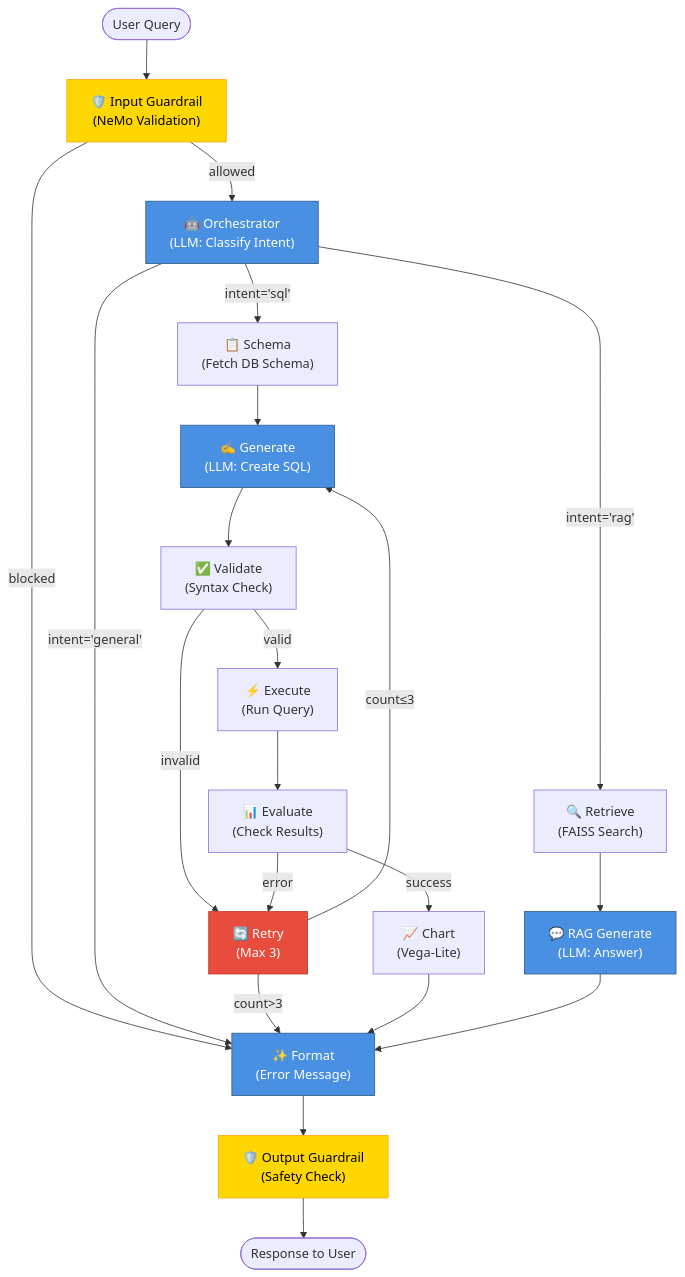
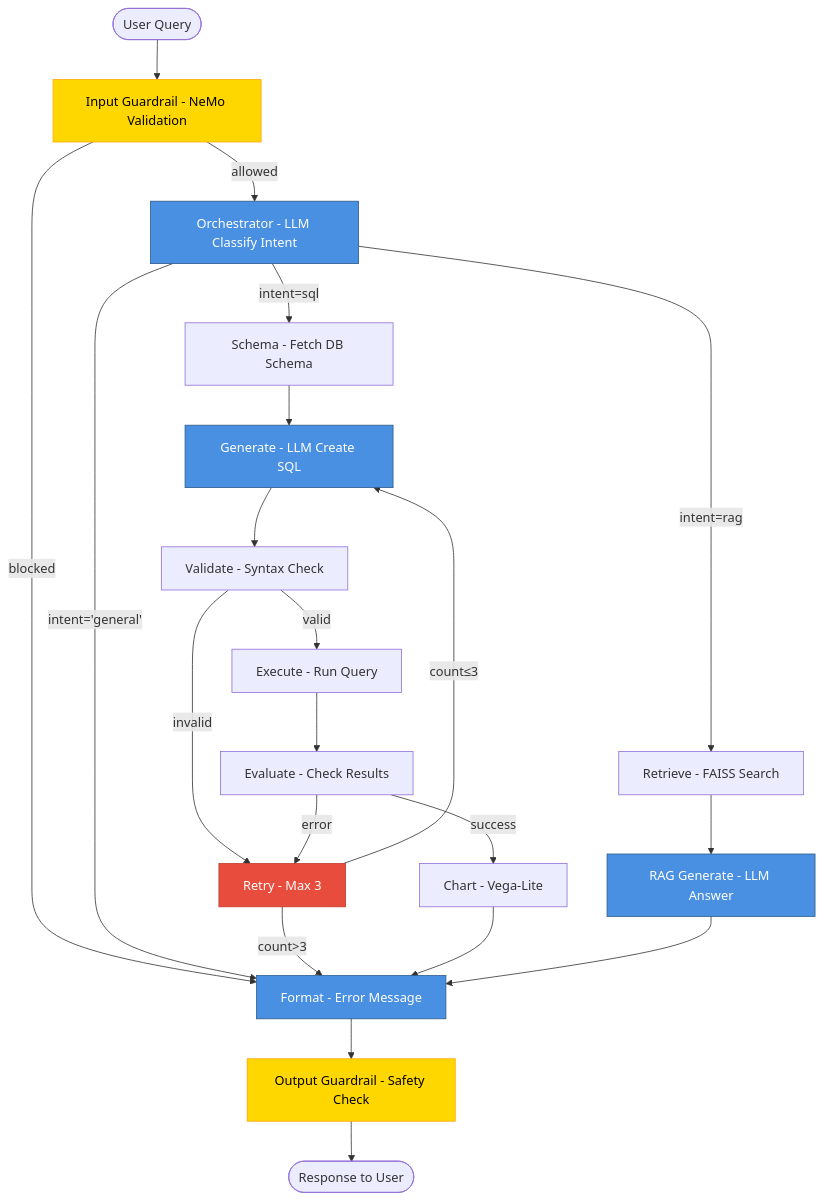
Before and after one commit to Tpg1993/text2sqlagent: the second of 3 diagrams in README.md, drawn with Mermaid. The commit also changed other lines of this file and 2 other files, not shown here.

Commit message:
Fixing readme files

````diff
--- a/README.md
+++ b/README.md
@@ -88,40 +88,53 @@
 ```mermaid
 graph TD
-    Start([User Query]) --> InputGuard["🛡️ Input Guardrail<br/>(NeMo Validation)"]
+    Start([User Query]) --> InputGuard["Input Guardrail - NeMo Validation"]
+
     
-    InputGuard -->|blocked| Format["✨ Format<br/>(Error Message)"]
-    InputGuard -->|allowed| Orchestrator["🤖 Orchestrator<br/>(LLM: Classify Intent)"]
+    InputGuard -->|blocked| Format["Format - Error Message"]
+
+    InputGuard -->|allowed| Orchestrator["Orchestrator - LLM Classify Intent"]
+
     
-    Orchestrator -->|intent='sql'| Schema["📋 Schema<br/>(Fetch DB Schema)"]
-    Orchestrator -->|intent='rag'| Retrieve["🔍 Retrieve<br/>(FAISS Search)"]
+    Orchestrator -->|intent=sql| Schema["Schema - Fetch DB Schema"]
+
+    Orchestrator -->|intent=rag| Retrieve["Retrieve - FAISS Search"]
+
     Orchestrator -->|intent='general'| Format
     
-    Schema --> Generate["✍️ Generate<br/>(LLM: Create SQL)"]
-    Generate --> Validate["✅ Validate<br/>(Syntax Check)"]
+    Schema --> Generate["Generate - LLM Create SQL"]
+
+    Generate --> Validate["Validate - Syntax Check"]
+
     
-    Validate -->|valid| Execute["⚡ Execute<br/>(Run Query)"]
-    Validate -->|invalid| Retry["🔄 Retry<br/>(Max 3)"]
+    Validate -->|valid| Execute["Execute - Run Query"]
+
+    Validate -->|invalid| Retry["Retry - Max 3"]
+
     
-    Execute --> Evaluate["📊 Evaluate<br/>(Check Results)"]
+    Execute --> Evaluate["Evaluate - Check Results"]
+
     Evaluate -->|error| Retry
-    Evaluate -->|success| Chart["📈 Chart<br/>(Vega-Lite)"]
+    Evaluate -->|success| Chart["Chart - Vega-Lite"]
+
     
     Retry -->|count>3| Format
     Retry -->|count≤3| Generate
     
     Chart --> Format
     
-    Retrieve --> RAGGen["💬 RAG Generate<br/>(LLM: Answer)"]
+    Retrieve --> RAGGen["RAG Generate - LLM Answer"]
+
     RAGGen --> Format
     
-    Format --> OutputGuard["🛡️ Output Guardrail<br/>(Safety Check)"]
+    Format --> OutputGuard["Output Guardrail - Safety Check"]
+
     OutputGuard --> End([Response to User])
     
     style InputGuard fill:#FFD700,stroke:#FFA500,color:#000
     style OutputGuard fill:#FFD700,stroke:#FFA500,color:#000
     style Orchestrator fill:#4A90E2,stroke:#2E5C8A,color:#fff
     style Generate fill:#4A90E2,stroke:#2E5C8A,color:#fff
     style RAGGen fill:#4A90E2,stroke:#2E5C8A,color:#fff
     style Format fill:#4A90E2,stroke:#2E5C8A,color:#fff
     style Retry fill:#E74C3C,stroke:#C0392B,color:#fff
 ```
````
